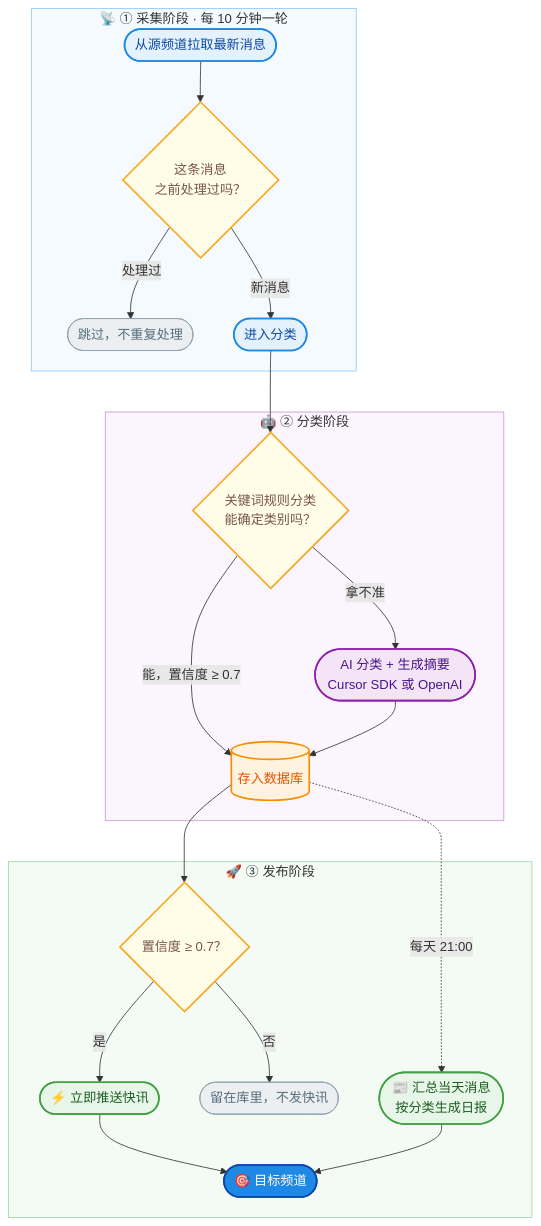
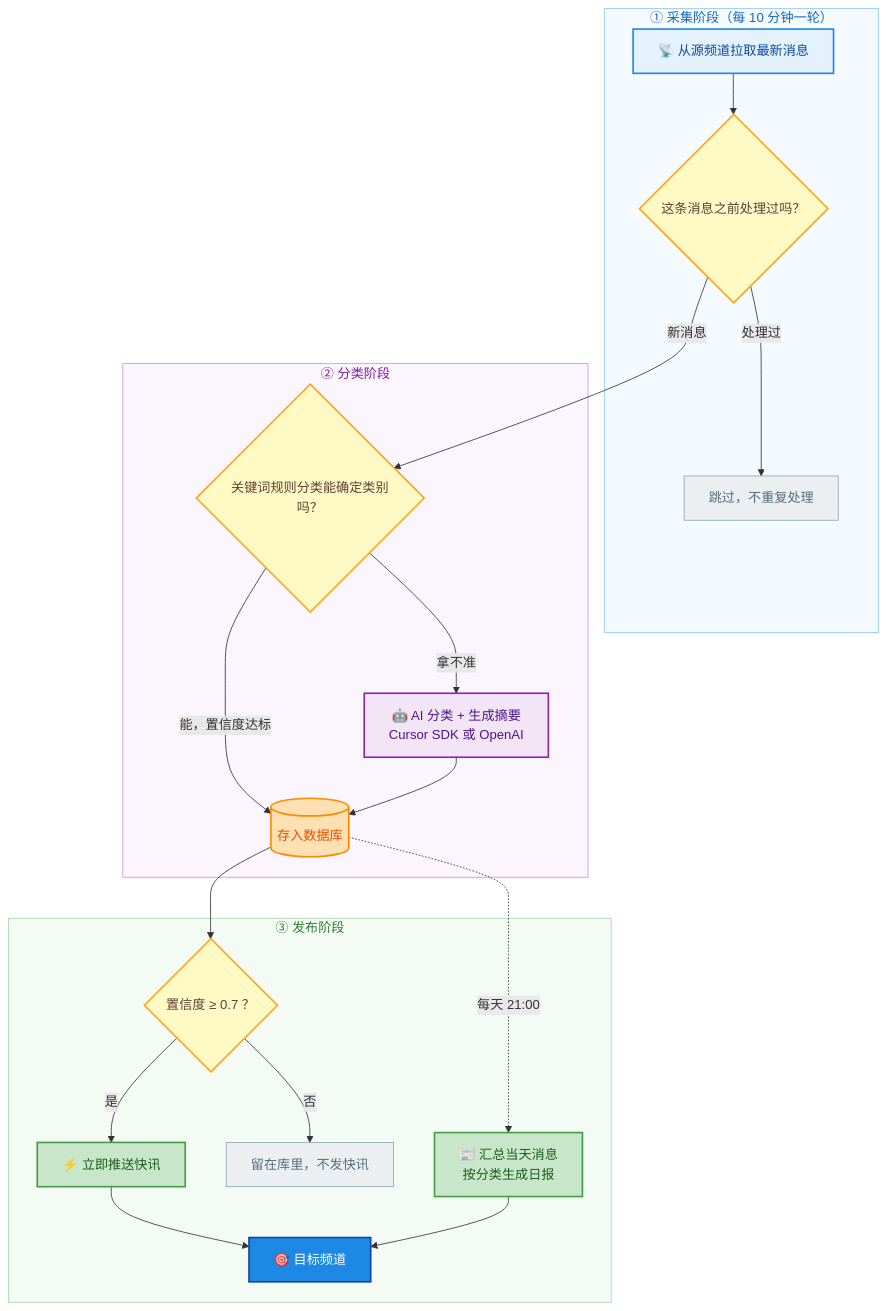
The diagram in README.md (WoYinDao/Tgnewsbot-octo-umbrella), drawn with Mermaid before and after one commit. The commit also changed other lines of this file, not shown here.

Commit message:
docs: 修复工作流程 Mermaid 图渲染 bug（标签加引号、连线移出子图、显式文字颜色）

````diff
--- a/README.md
+++ b/README.md
@@ -36,44 +36,55 @@
 ```mermaid
 flowchart TD
-    subgraph S1["📡 ① 采集阶段 · 每 10 分钟一轮"]
-        A([从源频道拉取最新消息]) --> B{这条消息<br/>之前处理过吗？}
-        B -->|处理过| SKIP([跳过，不重复处理])
-        B -->|新消息| C([进入分类])
+    subgraph S1["① 采集阶段（每 10 分钟一轮）"]
+        A["📡 从源频道拉取最新消息"]
+        B{"这条消息之前处理过吗？"}
+        SKIP["跳过，不重复处理"]
     end
 
-    subgraph S2["🤖 ② 分类阶段"]
-        C --> D{关键词规则分类<br/>能确定类别吗？}
-        D -->|能，置信度 ≥ 0.7| F[(存入数据库)]
-        D -->|拿不准| E([AI 分类 + 生成摘要<br/>Cursor SDK 或 OpenAI])
-        E --> F
+    subgraph S2["② 分类阶段"]
+        D{"关键词规则分类能确定类别吗？"}
+        E["🤖 AI 分类 + 生成摘要<br/>Cursor SDK 或 OpenAI"]
+        F[("存入数据库")]
     end
 
-    subgraph S3["🚀 ③ 发布阶段"]
-        F --> G{置信度 ≥ 0.7？}
-        G -->|是| H([⚡ 立即推送快讯])
-        G -->|否| I([留在库里，不发快讯])
-        F -.每天 21:00.-> J([📰 汇总当天消息<br/>按分类生成日报])
-        H --> K([🎯 目标频道])
-        J --> K
+    subgraph S3["③ 发布阶段"]
+        G{"置信度 ≥ 0.7 ？"}
+        H["⚡ 立即推送快讯"]
+        I["留在库里，不发快讯"]
+        J["📰 汇总当天消息<br/>按分类生成日报"]
+        K["🎯 目标频道"]
     end
 
+    A --> B
+    B -->|"处理过"| SKIP
+    B -->|"新消息"| D
+    D -->|"能，置信度达标"| F
+    D -->|"拿不准"| E
+    E --> F
+    F --> G
+    G -->|"是"| H
+    G -->|"否"| I
+    F -.->|"每天 21:00"| J
+    H --> K
+    J --> K
+
     classDef collect fill:#E3F2FD,stroke:#1E88E5,stroke-width:2px,color:#0D47A1
-    classDef decision fill:#FFFDE7,stroke:#F9A825,stroke-width:2px,color:#795548
+    classDef decision fill:#FFF9C4,stroke:#F9A825,stroke-width:2px,color:#5D4037
     classDef ai fill:#F3E5F5,stroke:#8E24AA,stroke-width:2px,color:#4A148C
-    classDef db fill:#FFF3E0,stroke:#FB8C00,stroke-width:2px,color:#E65100
-    classDef pub fill:#E8F5E9,stroke:#43A047,stroke-width:2px,color:#1B5E20
+    classDef db fill:#FFE0B2,stroke:#FB8C00,stroke-width:2px,color:#E65100
+    classDef pub fill:#C8E6C9,stroke:#43A047,stroke-width:2px,color:#1B5E20
     classDef muted fill:#ECEFF1,stroke:#90A4AE,stroke-width:1px,color:#546E7A
     classDef target fill:#1E88E5,stroke:#0D47A1,stroke-width:2px,color:#FFFFFF
 
-    class A,C collect
+    class A collect
     class B,D,G decision
     class E ai
     class F db
     class H,J pub
     class SKIP,I muted
     class K target
 
-    style S1 fill:#F5FAFF,stroke:#90CAF9,stroke-width:1px
-    style S2 fill:#FBF5FD,stroke:#CE93D8,stroke-width:1px
-    style S3 fill:#F4FBF5,stroke:#A5D6A7,stroke-width:1px
+    style S1 fill:#F5FAFF,stroke:#90CAF9,stroke-width:1px,color:#1565C0
+    style S2 fill:#FBF5FD,stroke:#CE93D8,stroke-width:1px,color:#7B1FA2
+    style S3 fill:#F4FBF5,stroke:#A5D6A7,stroke-width:1px,color:#2E7D32
 ```
````
